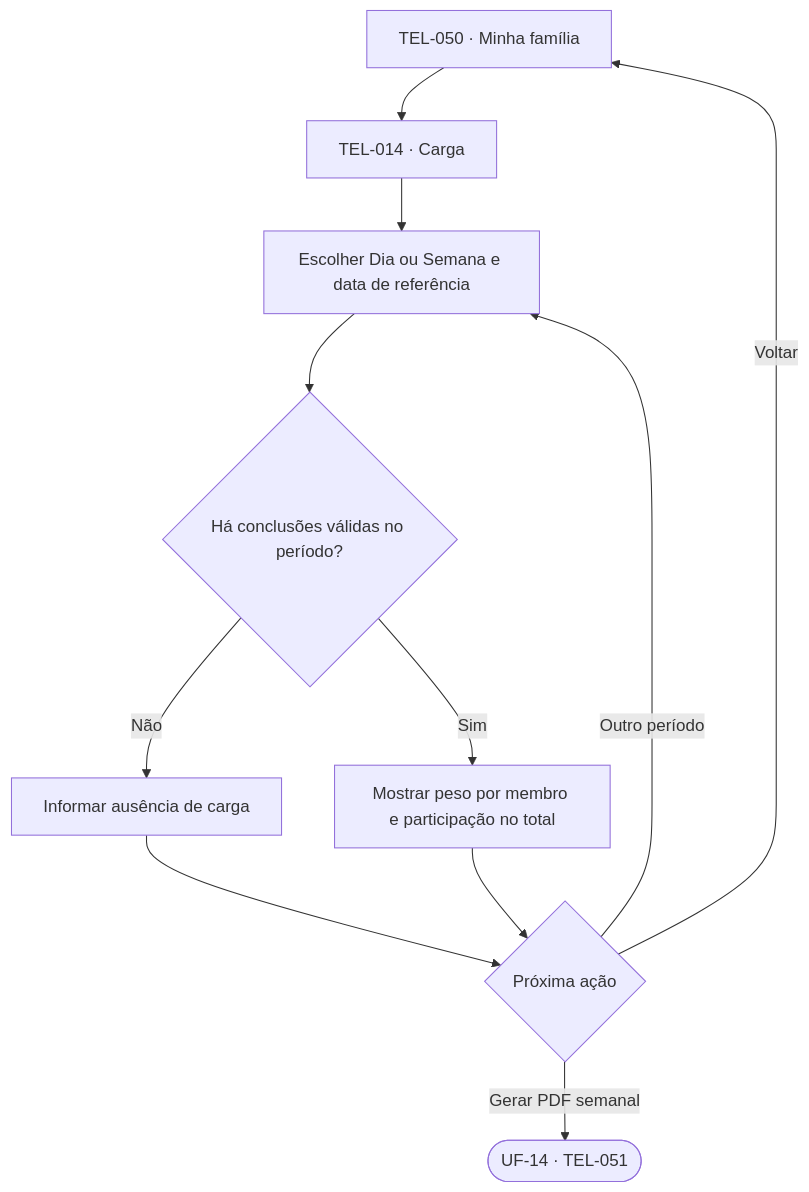
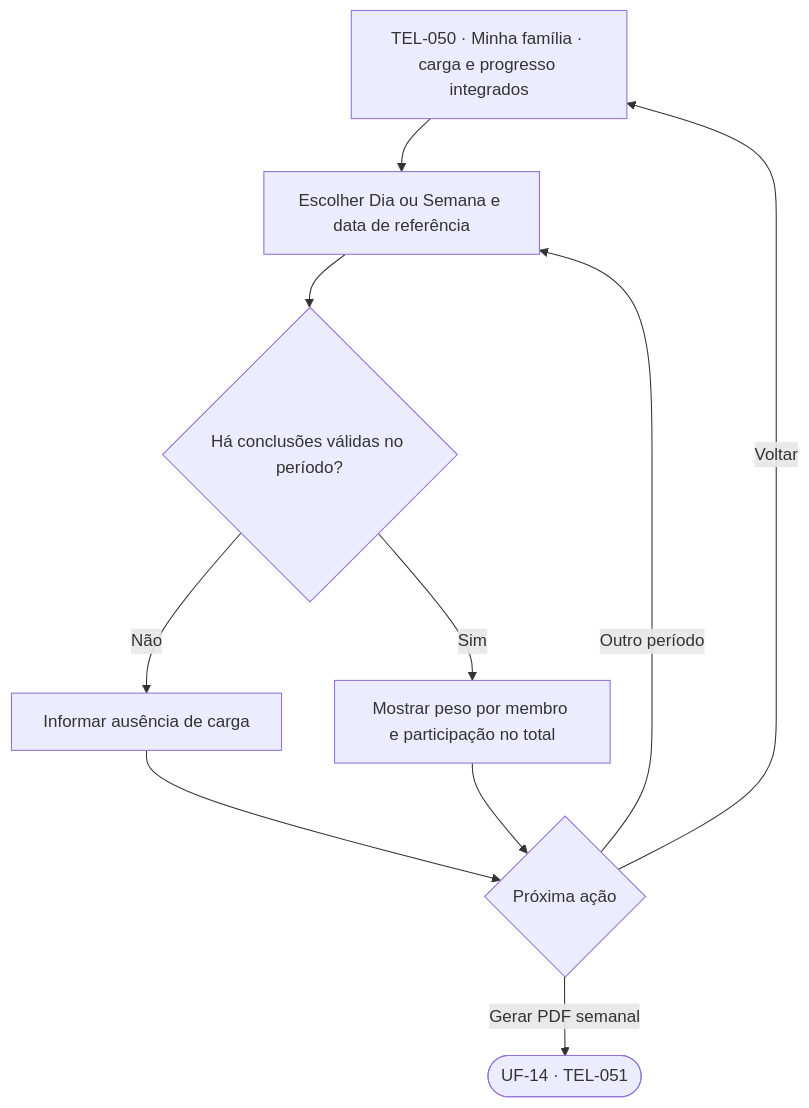
One commit to lizandramalta/App-Rotina-Familiar changed the ninth of 15 diagrams in docs/design/user-flows.md. Above: the diagram before and after it, drawn with Mermaid. The commit also changed other lines of this file and 20 other files, not shown here.

````diff
--- a/docs/design/user-flows.md
+++ b/docs/design/user-flows.md
@@ -336,13 +340,12 @@
 ```mermaid
 flowchart TD
-    A["TEL-050 · Minha família"] --> B["TEL-014 · Carga"]
-    B --> C["Escolher Dia ou Semana e data de referência"]
+    A["TEL-050 · Minha família · carga e progresso integrados"] --> C["Escolher Dia ou Semana e data de referência"]
     C --> D{"Há conclusões válidas no período?"}
     D -->|Não| E["Informar ausência de carga"]
     D -->|Sim| F["Mostrar peso por membro e participação no total"]
     E --> G{"Próxima ação"}
     F --> G
     G -->|Outro período| C
     G -->|Gerar PDF semanal| H(["UF-14 · TEL-051"])
     G -->|Voltar| A
 ```
````
